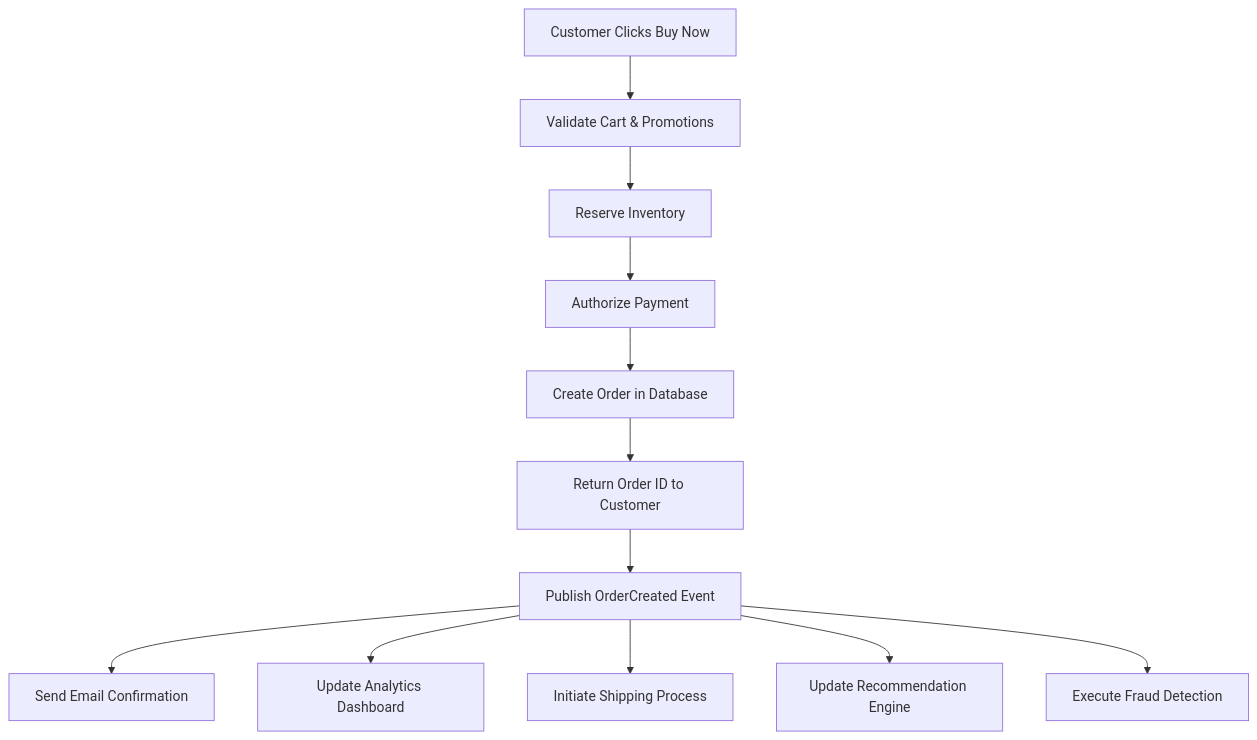
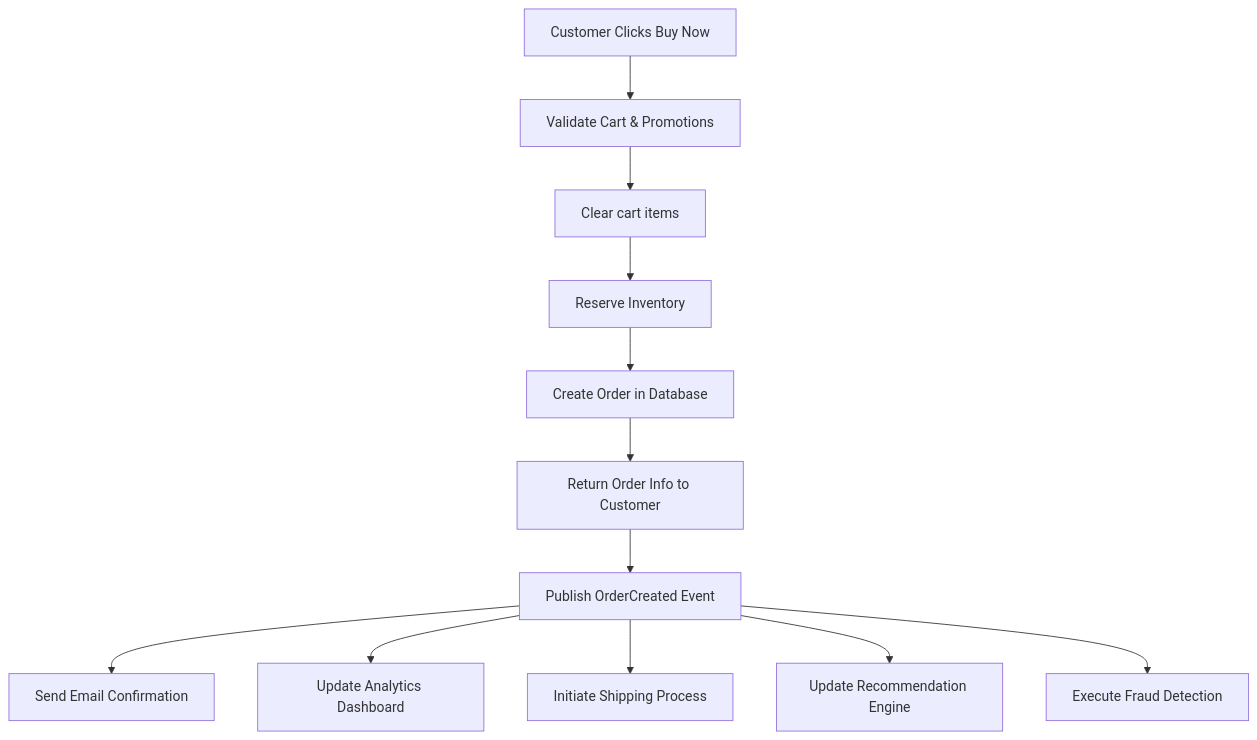
One commit to shopnexus/shopnexus-server changed the diagram in README.md. Above: the diagram before and after it, drawn with Mermaid. The commit also changed other lines of this file, not shown here.

````diff
--- a/README.md
+++ b/README.md
@@ -83,15 +92,15 @@
 ```mermaid
 flowchart TD
     A["Customer Clicks Buy Now"] --> B["Validate Cart & Promotions"]
-    B --> C["Reserve Inventory"]
-    C --> D["Authorize Payment"]
+    B --> C["Clear cart items"]
+    C --> D["Reserve Inventory"]
     D --> E["Create Order in Database"]
-    E --> F["Return Order ID to Customer"]
+    E --> F["Return Order Info to Customer"]
     F --> G["Publish OrderCreated Event"]
     
     G --> H["Send Email Confirmation"]
     G --> I["Update Analytics Dashboard"]
     G --> J["Initiate Shipping Process"]
     G --> K["Update Recommendation Engine"]
     G --> L["Execute Fraud Detection"]
 ```
````
